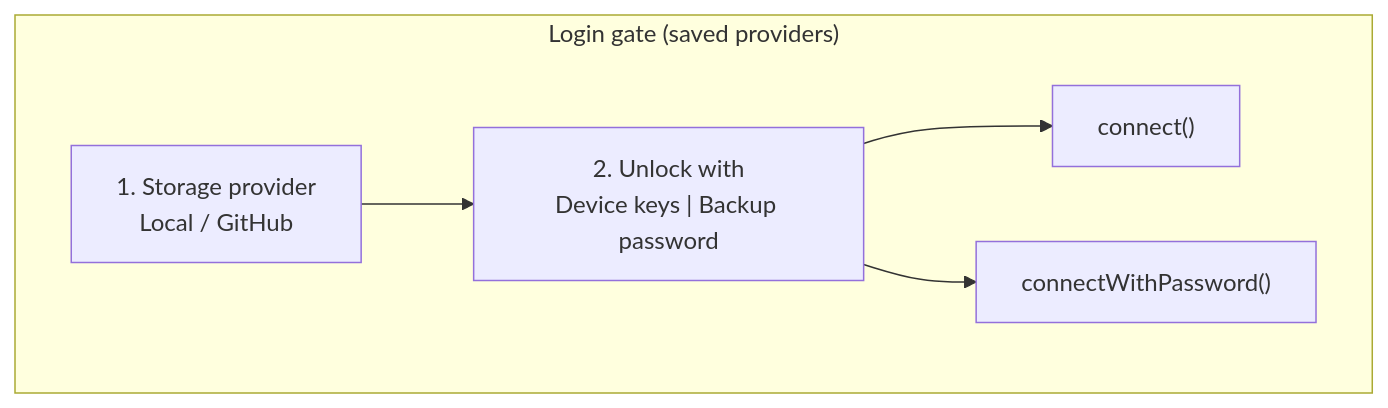
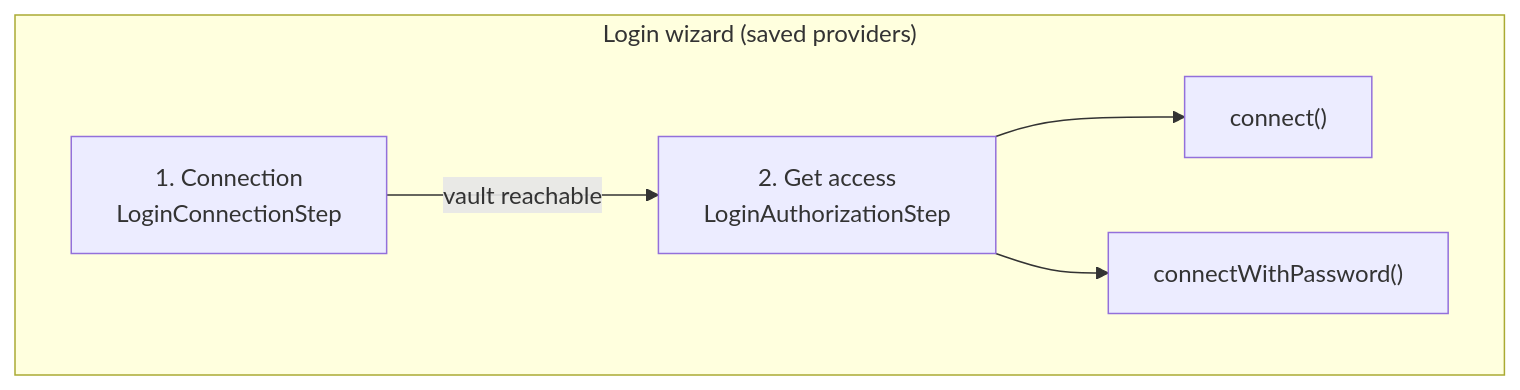
The second of 2 diagrams in .cortex/design-docs/auth-providers.md (meta-secret/nook), drawn with Mermaid before and after one commit. The commit also changed other lines of this file and 22 other files, not shown here.

First line of the commit message:
Refine vault and login navigation with accordion settings and bottom tabs.

````diff
--- a/.cortex/design-docs/auth-providers.md
+++ b/.cortex/design-docs/auth-providers.md
@@ -100,10 +115,10 @@
 ```mermaid
 flowchart TB
-  subgraph login["Login gate (saved providers)"]
-    P["1. Storage provider<br/>Local / GitHub"]
-    M["2. Unlock with<br/>Device keys | Backup password"]
-    P --> M
+  subgraph login["Login wizard (saved providers)"]
+    P["1. Connection<br/>LoginConnectionStep"]
+    M["2. Get access<br/>LoginAuthorizationStep"]
+    P -->|"vault reachable"| M
     M --> K["connect()"]
     M --> PW["connectWithPassword()"]
   end
 ```
````
